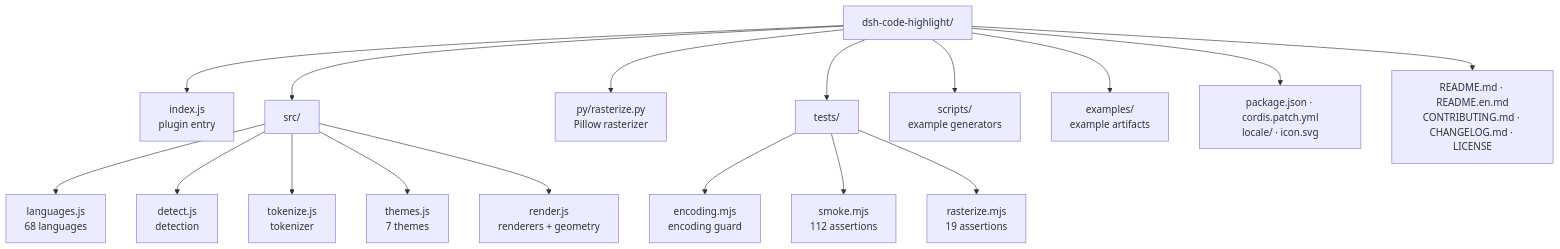
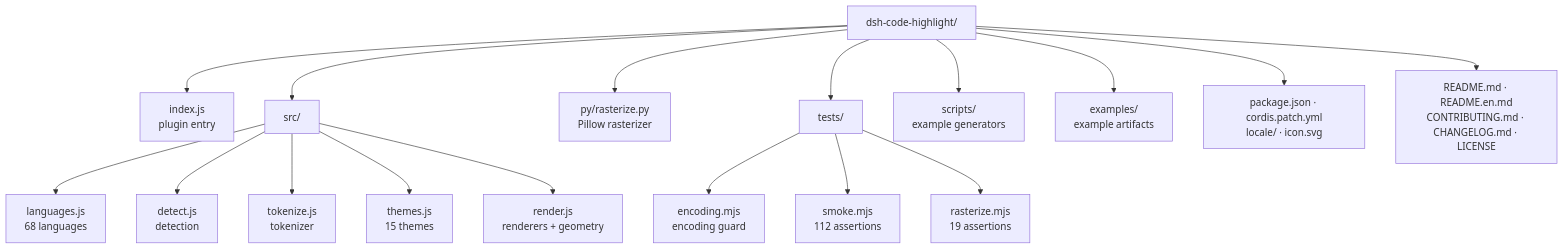
Before and after one commit to scientificmaniac/dsh-code-highlight: the second of 2 diagrams in README.en.md, drawn with Mermaid. The commit also changed other lines of this file and 14 other files, not shown here.

````diff
--- a/README.en.md
+++ b/README.en.md
@@ -169,23 +174,23 @@
 ```mermaid
 flowchart TB
     repo["dsh-code-highlight/"]
 
     repo --> index["index.js<br/>plugin entry"]
     repo --> src["src/"]
     repo --> py["py/rasterize.py<br/>Pillow rasterizer"]
     repo --> tests["tests/"]
     repo --> scripts["scripts/<br/>example generators"]
     repo --> examples["examples/<br/>example artifacts"]
     repo --> manifest["package.json · cordis.patch.yml<br/>locale/ · icon.svg"]
     repo --> docs["README.md · README.en.md<br/>CONTRIBUTING.md · CHANGELOG.md · LICENSE"]
 
     src --> languages["languages.js<br/>68 languages"]
     src --> detect["detect.js<br/>detection"]
     src --> tokenize["tokenize.js<br/>tokenizer"]
-    src --> themes["themes.js<br/>7 themes"]
+    src --> themes["themes.js<br/>15 themes"]
     src --> render["render.js<br/>renderers + geometry"]
 
     tests --> encoding["encoding.mjs<br/>encoding guard"]
     tests --> smoke["smoke.mjs<br/>112 assertions"]
     tests --> raster["rasterize.mjs<br/>19 assertions"]
 ```
````
